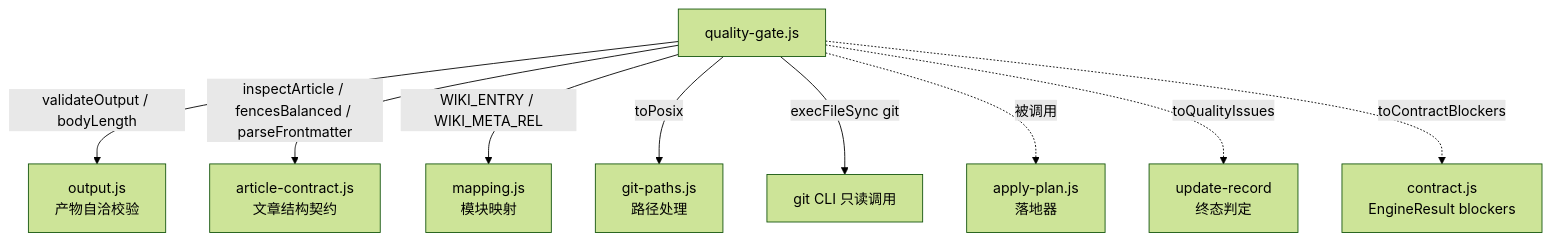
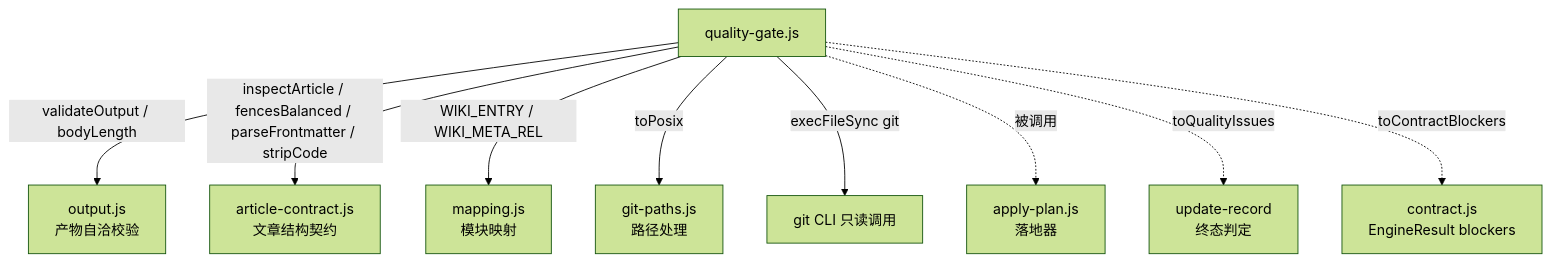
One commit to ikliml666/dsh-codewiki changed the eighth of 8 diagrams in .codewiki/modules/quality-gates.md. Above: the diagram before and after it, drawn with Mermaid (forest theme). The commit also changed other lines of this file and 15 other files, not shown here.

````diff
--- a/.codewiki/modules/quality-gates.md
+++ b/.codewiki/modules/quality-gates.md
@@ -237,13 +241,13 @@
 ```mermaid
 flowchart TD
     QG["quality-gate.js"]
     QG -->|"validateOutput / bodyLength"| OUT["output.js<br/>产物自洽校验"]
-    QG -->|"inspectArticle / fencesBalanced / parseFrontmatter"| AC["article-contract.js<br/>文章结构契约"]
+    QG -->|"inspectArticle / fencesBalanced / parseFrontmatter / stripCode"| AC["article-contract.js<br/>文章结构契约"]
     QG -->|"WIKI_ENTRY / WIKI_META_REL"| MAP["mapping.js<br/>模块映射"]
     QG -->|"toPosix"| GP["git-paths.js<br/>路径处理"]
     QG -->|"execFileSync git"| GIT["git CLI 只读调用"]
 
     QG -.->|"被调用"| AP["apply-plan.js<br/>落地器"]
     QG -.->|"toQualityIssues"| UR["update-record<br/>终态判定"]
     QG -.->|"toContractBlockers"| CT["contract.js<br/>EngineResult blockers"]
 ```
````
